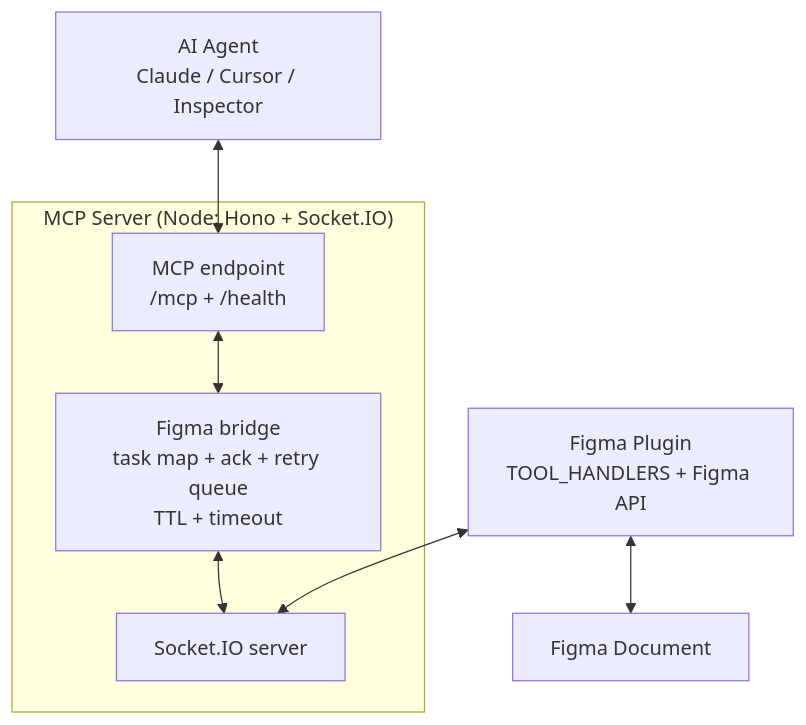
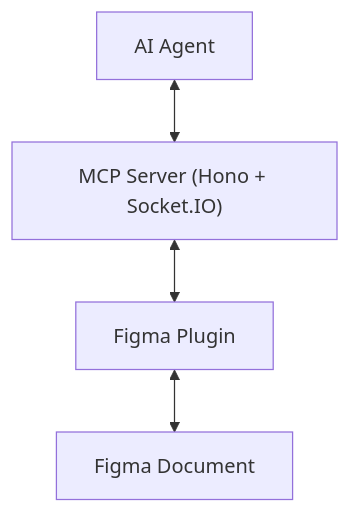
One commit to chavisnguyen/FiMake changed the diagram in README.md. Above: the diagram before and after it, drawn with Mermaid. The commit also changed other lines of this file and 7 other files, not shown here.

````diff
--- a/README.md
+++ b/README.md
@@ -217,13 +83,6 @@
 ```mermaid
 flowchart TB
-    subgraph Server["MCP Server (Node: Hono + Socket.IO)"]
-        MCP["MCP endpoint<br/>/mcp + /health"]
-        Bridge["Figma bridge<br/>task map + ack + retry queue<br/>TTL + timeout"]
-        WS["Socket.IO server"]
-        MCP <--> Bridge
-        Bridge <--> WS
-    end
-    Agent["AI Agent<br/>Claude / Cursor / Inspector"] <--> MCP
-    Plugin["Figma Plugin<br/>TOOL_HANDLERS + Figma API"] <--> WS
+    Agent["AI Agent"] <--> MCP["MCP Server (Hono + Socket.IO)"]
+    MCP <--> Plugin["Figma Plugin"]
     Plugin <--> FigmaDoc["Figma Document"]
 ```
````
